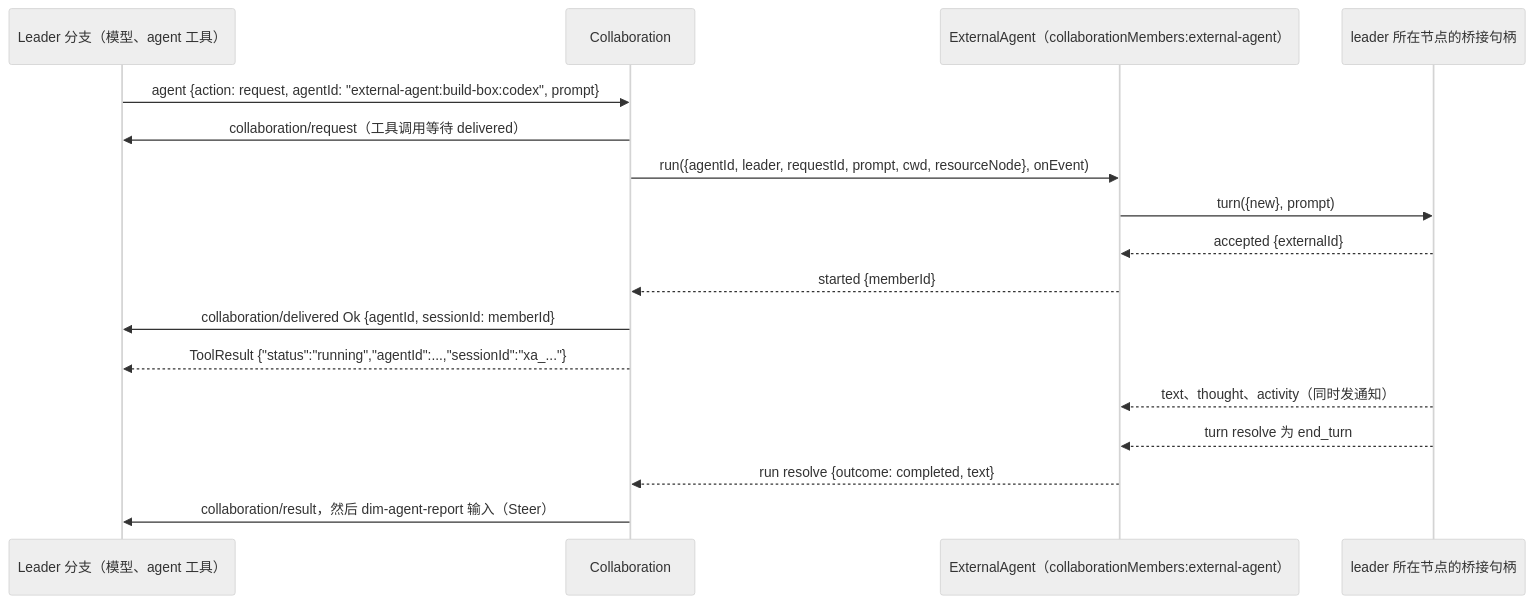
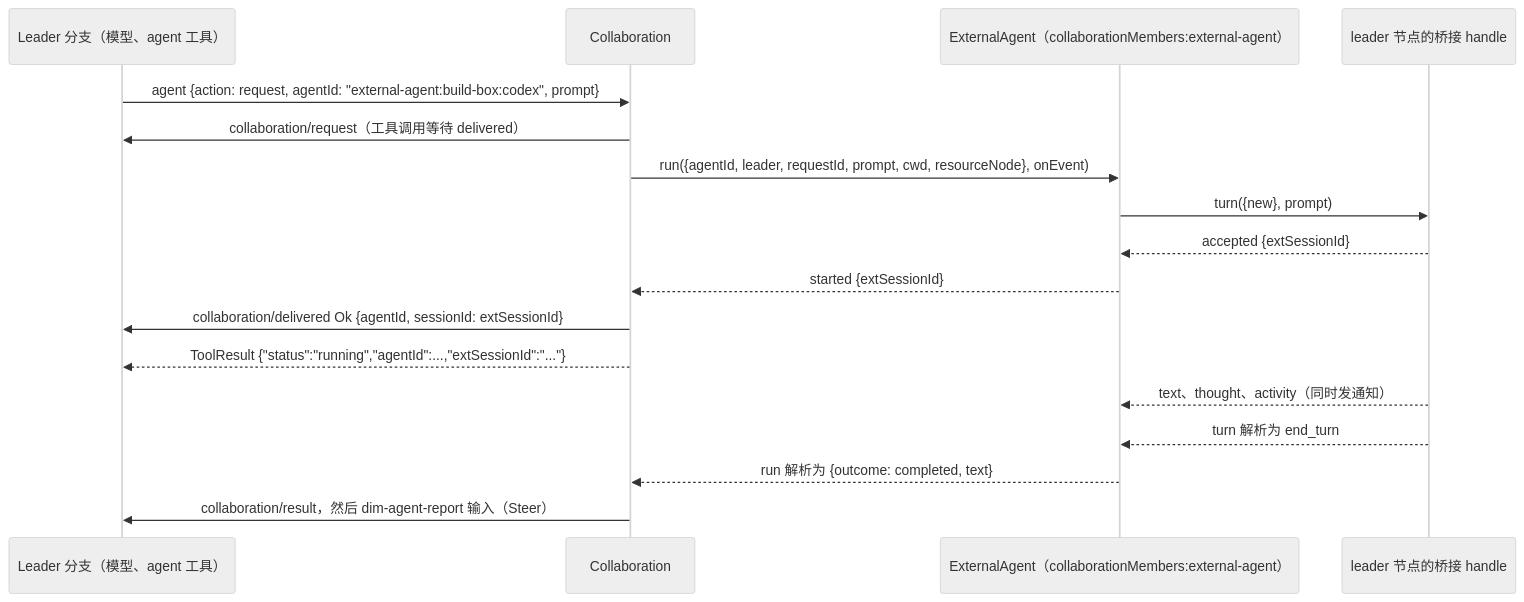
Before and after one commit to CoutinhoTTS/dim-agent: the second of 4 diagrams in docs/zh/design/plugins/ExternalAgent.md, drawn with Mermaid (neutral theme). The commit also changed other lines of this file and 7 other files, not shown here.

First line of the commit message:
docs(external-agent): narrow the member contract

````diff
--- a/docs/zh/design/plugins/ExternalAgent.md
+++ b/docs/zh/design/plugins/ExternalAgent.md
@@ -131,19 +129,19 @@
 ```mermaid
 sequenceDiagram
   participant L as Leader 分支（模型、agent 工具）
   participant C as Collaboration
   participant X as ExternalAgent（collaborationMembers:external-agent）
-  participant B as leader 所在节点的桥接句柄
+  participant B as leader 节点的桥接 handle
   L->>C: agent {action: request, agentId: "external-agent:build-box:codex", prompt}
   C->>L: collaboration/request（工具调用等待 delivered）
   C->>X: run({agentId, leader, requestId, prompt, cwd, resourceNode}, onEvent)
   X->>B: turn({new}, prompt)
-  B-->>X: accepted {externalId}
-  X-->>C: started {memberId}
-  C->>L: collaboration/delivered Ok {agentId, sessionId: memberId}
-  C-->>L: ToolResult {"status":"running","agentId":...,"sessionId":"xa_..."}
+  B-->>X: accepted {extSessionId}
+  X-->>C: started {extSessionId}
+  C->>L: collaboration/delivered Ok {agentId, sessionId: extSessionId}
+  C-->>L: ToolResult {"status":"running","agentId":...,"extSessionId":"..."}
   B-->>X: text、thought、activity（同时发通知）
-  B-->>X: turn resolve 为 end_turn
-  X-->>C: run resolve {outcome: completed, text}
+  B-->>X: turn 解析为 end_turn
+  X-->>C: run 解析为 {outcome: completed, text}
   C->>L: collaboration/result，然后 dim-agent-report 输入（Steer）
 ```
````
